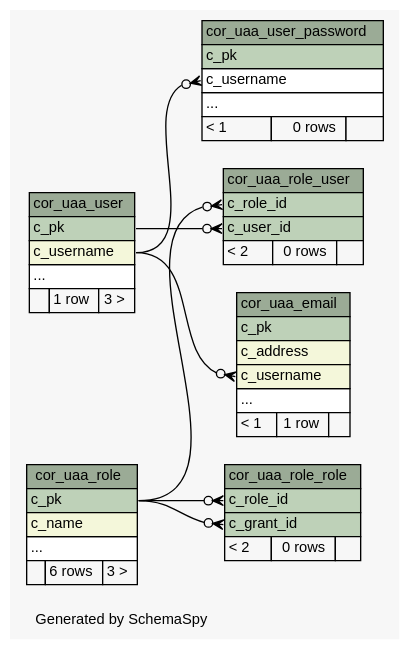
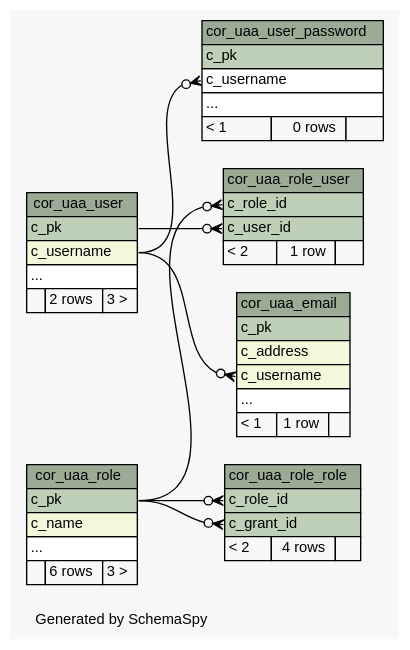
Before and after one commit to openwms/org.openwms.core.uaa: the diagram in 1.1.0-SNAPSHOT/schemaspy/diagrams/summary/relationships.real.compact.dot, drawn with Graphviz. The commit also changed 230 other files, not shown here.

```diff
--- a/1.1.0-SNAPSHOT/schemaspy/diagrams/summary/relationships.real.compact.dot
+++ b/1.1.0-SNAPSHOT/schemaspy/diagrams/summary/relationships.real.compact.dot
@@ -1,99 +1,99 @@
 // dot 2.43.0 on Linux 5.8.0-1033-azure
 // SchemaSpy rev Unknown
 digraph "compactRelationshipsDiagram" {
   graph [
     rankdir="RL"
     bgcolor="#f7f7f7"
     label="\nGenerated by SchemaSpy"
     labeljust="l"
     nodesep="0.18"
     ranksep="0.46"
     fontname="Helvetica"
     fontsize="11"
   ];
   node [
     fontname="Helvetica"
     fontsize="11"
     shape="plaintext"
   ];
   edge [
     arrowsize="0.8"
   ];
   "cor_uaa_email" [
     label=<
     <TABLE BORDER="0" CELLBORDER="1" CELLSPACING="0" BGCOLOR="#ffffff">
       <TR><TD COLSPAN="3" BGCOLOR="#9bab96" ALIGN="CENTER">cor_uaa_email</TD></TR>
       <TR><TD PORT="c_pk" COLSPAN="3" BGCOLOR="#bed1b8" ALIGN="LEFT">c_pk</TD></TR>
       <TR><TD PORT="c_address" COLSPAN="3" BGCOLOR="#f4f7da" ALIGN="LEFT">c_address</TD></TR>
       <TR><TD PORT="c_username" COLSPAN="3" BGCOLOR="#f4f7da" ALIGN="LEFT">c_username</TD></TR>
       <TR><TD PORT="elipses" COLSPAN="3" ALIGN="LEFT">...</TD></TR>
       <TR><TD ALIGN="LEFT" BGCOLOR="#f7f7f7">&lt; 1</TD><TD ALIGN="RIGHT" BGCOLOR="#f7f7f7">1 row</TD><TD ALIGN="RIGHT" BGCOLOR="#f7f7f7">  </TD></TR>
     </TABLE>>
     URL="tables/cor_uaa_email.html"
     tooltip="cor_uaa_email"
   ];
   "cor_uaa_role" [
     label=<
     <TABLE BORDER="0" CELLBORDER="1" CELLSPACING="0" BGCOLOR="#ffffff">
       <TR><TD COLSPAN="3" BGCOLOR="#9bab96" ALIGN="CENTER">cor_uaa_role</TD></TR>
       <TR><TD PORT="c_pk" COLSPAN="3" BGCOLOR="#bed1b8" ALIGN="LEFT">c_pk</TD></TR>
       <TR><TD PORT="c_name" COLSPAN="3" BGCOLOR="#f4f7da" ALIGN="LEFT">c_name</TD></TR>
       <TR><TD PORT="elipses" COLSPAN="3" ALIGN="LEFT">...</TD></TR>
       <TR><TD ALIGN="LEFT" BGCOLOR="#f7f7f7">  </TD><TD ALIGN="RIGHT" BGCOLOR="#f7f7f7">6 rows</TD><TD ALIGN="RIGHT" BGCOLOR="#f7f7f7">3 &gt;</TD></TR>
     </TABLE>>
     URL="tables/cor_uaa_role.html"
     tooltip="cor_uaa_role"
   ];
   "cor_uaa_role_role" [
     label=<
     <TABLE BORDER="0" CELLBORDER="1" CELLSPACING="0" BGCOLOR="#ffffff">
       <TR><TD COLSPAN="3" BGCOLOR="#9bab96" ALIGN="CENTER">cor_uaa_role_role</TD></TR>
       <TR><TD PORT="c_role_id" COLSPAN="3" BGCOLOR="#bed1b8" ALIGN="LEFT">c_role_id</TD></TR>
       <TR><TD PORT="c_grant_id" COLSPAN="3" BGCOLOR="#bed1b8" ALIGN="LEFT">c_grant_id</TD></TR>
-      <TR><TD ALIGN="LEFT" BGCOLOR="#f7f7f7">&lt; 2</TD><TD ALIGN="RIGHT" BGCOLOR="#f7f7f7">0 rows</TD><TD ALIGN="RIGHT" BGCOLOR="#f7f7f7">  </TD></TR>
+      <TR><TD ALIGN="LEFT" BGCOLOR="#f7f7f7">&lt; 2</TD><TD ALIGN="RIGHT" BGCOLOR="#f7f7f7">4 rows</TD><TD ALIGN="RIGHT" BGCOLOR="#f7f7f7">  </TD></TR>
     </TABLE>>
     URL="tables/cor_uaa_role_role.html"
     tooltip="cor_uaa_role_role"
   ];
   "cor_uaa_role_user" [
     label=<
     <TABLE BORDER="0" CELLBORDER="1" CELLSPACING="0" BGCOLOR="#ffffff">
       <TR><TD COLSPAN="3" BGCOLOR="#9bab96" ALIGN="CENTER">cor_uaa_role_user</TD></TR>
       <TR><TD PORT="c_role_id" COLSPAN="3" BGCOLOR="#bed1b8" ALIGN="LEFT">c_role_id</TD></TR>
       <TR><TD PORT="c_user_id" COLSPAN="3" BGCOLOR="#bed1b8" ALIGN="LEFT">c_user_id</TD></TR>
-      <TR><TD ALIGN="LEFT" BGCOLOR="#f7f7f7">&lt; 2</TD><TD ALIGN="RIGHT" BGCOLOR="#f7f7f7">0 rows</TD><TD ALIGN="RIGHT" BGCOLOR="#f7f7f7">  </TD></TR>
+      <TR><TD ALIGN="LEFT" BGCOLOR="#f7f7f7">&lt; 2</TD><TD ALIGN="RIGHT" BGCOLOR="#f7f7f7">1 row</TD><TD ALIGN="RIGHT" BGCOLOR="#f7f7f7">  </TD></TR>
     </TABLE>>
     URL="tables/cor_uaa_role_user.html"
     tooltip="cor_uaa_role_user"
   ];
   "cor_uaa_user" [
     label=<
     <TABLE BORDER="0" CELLBORDER="1" CELLSPACING="0" BGCOLOR="#ffffff">
       <TR><TD COLSPAN="3" BGCOLOR="#9bab96" ALIGN="CENTER">cor_uaa_user</TD></TR>
       <TR><TD PORT="c_pk" COLSPAN="3" BGCOLOR="#bed1b8" ALIGN="LEFT">c_pk</TD></TR>
       <TR><TD PORT="c_username" COLSPAN="3" BGCOLOR="#f4f7da" ALIGN="LEFT">c_username</TD></TR>
       <TR><TD PORT="elipses" COLSPAN="3" ALIGN="LEFT">...</TD></TR>
-      <TR><TD ALIGN="LEFT" BGCOLOR="#f7f7f7">  </TD><TD ALIGN="RIGHT" BGCOLOR="#f7f7f7">1 row</TD><TD ALIGN="RIGHT" BGCOLOR="#f7f7f7">3 &gt;</TD></TR>
+      <TR><TD ALIGN="LEFT" BGCOLOR="#f7f7f7">  </TD><TD ALIGN="RIGHT" BGCOLOR="#f7f7f7">2 rows</TD><TD ALIGN="RIGHT" BGCOLOR="#f7f7f7">3 &gt;</TD></TR>
     </TABLE>>
     URL="tables/cor_uaa_user.html"
     tooltip="cor_uaa_user"
   ];
   "cor_uaa_user_password" [
     label=<
     <TABLE BORDER="0" CELLBORDER="1" CELLSPACING="0" BGCOLOR="#ffffff">
       <TR><TD COLSPAN="3" BGCOLOR="#9bab96" ALIGN="CENTER">cor_uaa_user_password</TD></TR>
       <TR><TD PORT="c_pk" COLSPAN="3" BGCOLOR="#bed1b8" ALIGN="LEFT">c_pk</TD></TR>
       <TR><TD PORT="c_username" COLSPAN="3" ALIGN="LEFT">c_username</TD></TR>
       <TR><TD PORT="elipses" COLSPAN="3" ALIGN="LEFT">...</TD></TR>
       <TR><TD ALIGN="LEFT" BGCOLOR="#f7f7f7">&lt; 1</TD><TD ALIGN="RIGHT" BGCOLOR="#f7f7f7">0 rows</TD><TD ALIGN="RIGHT" BGCOLOR="#f7f7f7">  </TD></TR>
     </TABLE>>
     URL="tables/cor_uaa_user_password.html"
     tooltip="cor_uaa_user_password"
   ];
   "cor_uaa_email":"c_username":w -> "cor_uaa_user":"c_username":e [arrowhead=none dir=back arrowtail=crowodot];
   "cor_uaa_role_role":"c_grant_id":w -> "cor_uaa_role":"c_pk":e [arrowhead=none dir=back arrowtail=crowodot];
   "cor_uaa_role_role":"c_role_id":w -> "cor_uaa_role":"c_pk":e [arrowhead=none dir=back arrowtail=crowodot];
   "cor_uaa_role_user":"c_role_id":w -> "cor_uaa_role":"c_pk":e [arrowhead=none dir=back arrowtail=crowodot];
   "cor_uaa_role_user":"c_user_id":w -> "cor_uaa_user":"c_pk":e [arrowhead=none dir=back arrowtail=crowodot];
   "cor_uaa_user_password":"c_username":w -> "cor_uaa_user":"c_username":e [arrowhead=none dir=back arrowtail=crowodot];
 }
```
